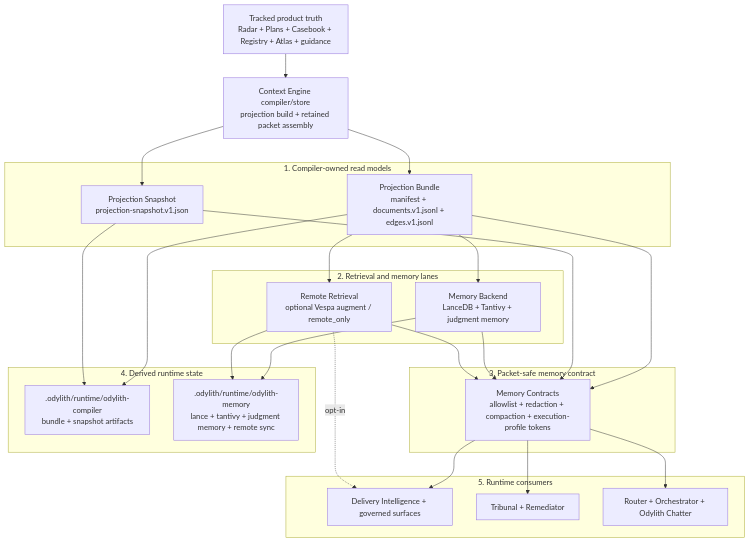
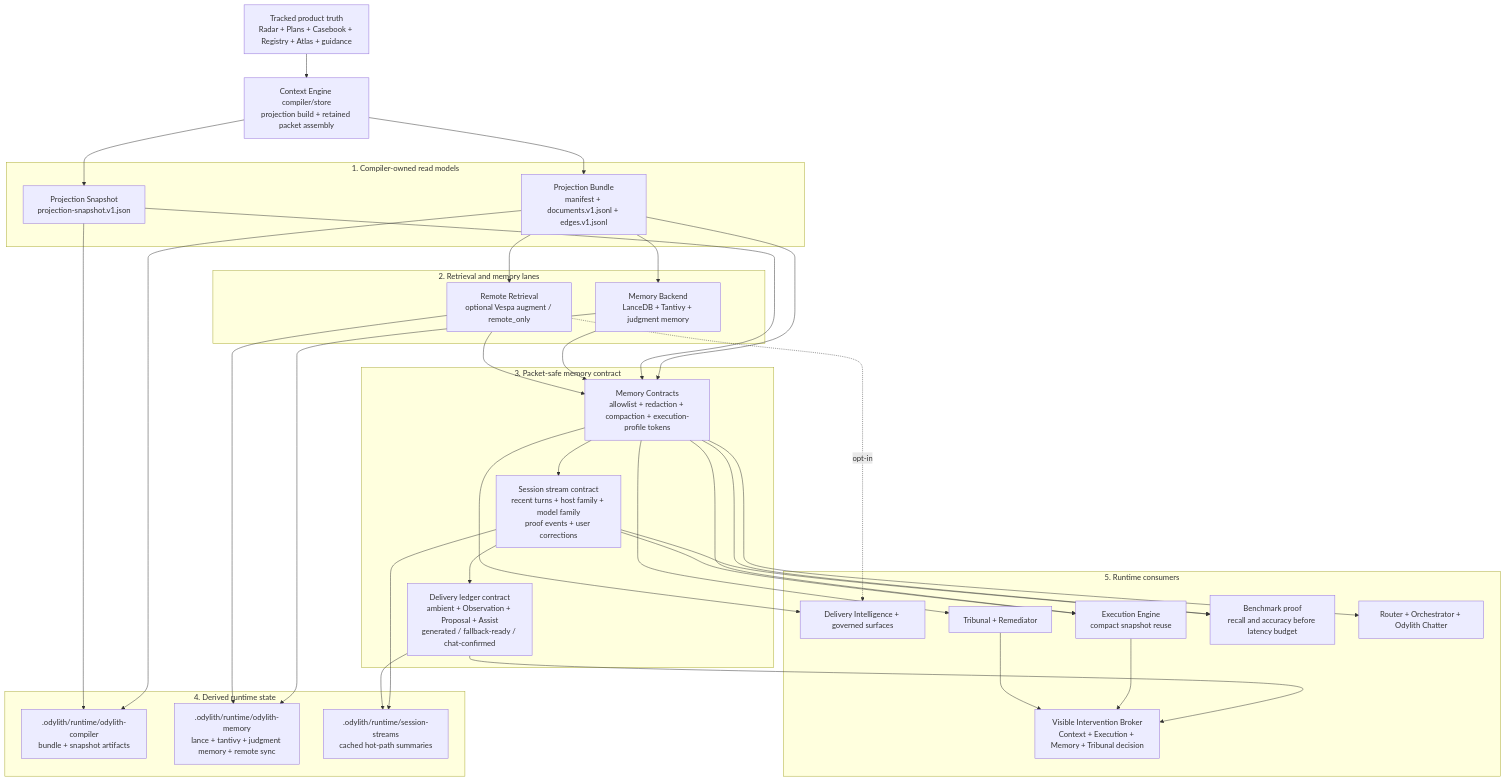
One commit to odylith/odylith changed the diagram in odylith/atlas/source/odylith-memory-substrate-compile-retrieval-and-packet-topology.mmd. Above: the diagram before and after it, drawn with Mermaid. The commit also changed 1663 other files, not shown here.

```diff
--- a/odylith/atlas/source/odylith-memory-substrate-compile-retrieval-and-packet-topology.mmd
+++ b/odylith/atlas/source/odylith-memory-substrate-compile-retrieval-and-packet-topology.mmd
@@ -1,45 +1,62 @@
-%% Reviewed 2026-04-07 for B-058 and B-059 to make the compiler read models, retrieval lanes, and packet-safe memory contract explicit in Atlas.
+%% Reviewed 2026-04-17 for v0.1.11 to make compiler read models, session memory, delivery-ledger visibility, Execution Engine snapshots, Tribunal summaries, and packet-safe memory contracts explicit in Atlas.
 flowchart TB
     Truth["Tracked product truth<br/>Radar + Plans + Casebook + Registry + Atlas + guidance"] --> Compiler["Context Engine compiler/store<br/>projection build + retained packet assembly"]
 
     subgraph ReadModels["1. Compiler-owned read models"]
         Bundle["Projection Bundle<br/>manifest + documents.v1.jsonl + edges.v1.jsonl"]
         Snapshot["Projection Snapshot<br/>projection-snapshot.v1.json"]
     end
 
     subgraph Retrieval["2. Retrieval and memory lanes"]
         Backend["Memory Backend<br/>LanceDB + Tantivy + judgment memory"]
         Remote["Remote Retrieval<br/>optional Vespa augment / remote_only"]
     end
 
     subgraph Contracts["3. Packet-safe memory contract"]
         MemoryContracts["Memory Contracts<br/>allowlist + redaction + compaction + execution-profile tokens"]
+        SessionStream["Session stream contract<br/>recent turns + host family + model family<br/>proof events + user corrections"]
+        DeliveryLedger["Delivery ledger contract<br/>ambient + Observation + Proposal + Assist<br/>generated / fallback-ready / chat-confirmed"]
     end
 
     subgraph State["4. Derived runtime state"]
         CompilerState[".odylith/runtime/odylith-compiler<br/>bundle + snapshot artifacts"]
         MemoryState[".odylith/runtime/odylith-memory<br/>lance + tantivy + judgment memory + remote sync"]
+        SessionState[".odylith/runtime/session-streams<br/>cached hot-path summaries"]
     end
 
     subgraph Consumers["5. Runtime consumers"]
         Governance["Delivery Intelligence + governed surfaces"]
         Tribunal["Tribunal + Remediator"]
+        Execution["Execution Engine<br/>compact snapshot reuse"]
+        Intervention["Visible Intervention Broker<br/>Context + Execution + Memory + Tribunal decision"]
+        Benchmark["Benchmark proof<br/>recall and accuracy before latency budget"]
         Conversation["Router + Orchestrator + Odylith Chatter"]
     end
 
     Compiler --> Bundle
     Compiler --> Snapshot
     Bundle --> Backend
     Bundle --> Remote
     Bundle --> MemoryContracts
     Snapshot --> MemoryContracts
     Backend --> MemoryContracts
     Remote --> MemoryContracts
+    MemoryContracts --> SessionStream
+    SessionStream --> DeliveryLedger
     Bundle --> CompilerState
     Snapshot --> CompilerState
     Backend --> MemoryState
     Remote --> MemoryState
+    SessionStream --> SessionState
+    DeliveryLedger --> SessionState
     MemoryContracts --> Governance
     MemoryContracts --> Tribunal
+    MemoryContracts --> Execution
+    SessionStream --> Execution
+    DeliveryLedger --> Intervention
+    Execution --> Intervention
+    Tribunal --> Intervention
+    MemoryContracts --> Benchmark
+    SessionStream --> Benchmark
     MemoryContracts --> Conversation
     Remote -. opt-in .-> Governance
```
